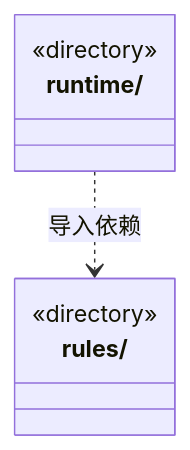
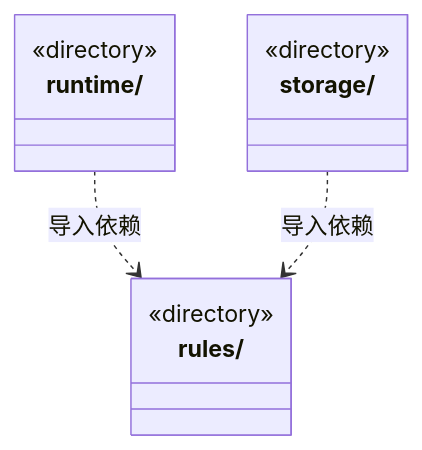
The diagram in src/logic/dispatch/ARCHITECTURE.md (nan023062/cbim), drawn with Mermaid before and after one commit. The commit also changed other lines of this file and 657 other files, not shown here.

````diff
--- a/src/logic/dispatch/ARCHITECTURE.md
+++ b/src/logic/dispatch/ARCHITECTURE.md
@@ -15,10 +15,14 @@
 ```mermaid
 classDiagram
 class N_src_logic_dispatch_rules["rules/"] {
   <<directory>>
 }
 class N_src_logic_dispatch_runtime["runtime/"] {
   <<directory>>
 }
+class N_src_logic_dispatch_storage["storage/"] {
+  <<directory>>
+}
 N_src_logic_dispatch_runtime ..> N_src_logic_dispatch_rules : 导入依赖
+N_src_logic_dispatch_storage ..> N_src_logic_dispatch_rules : 导入依赖
 ```
````
